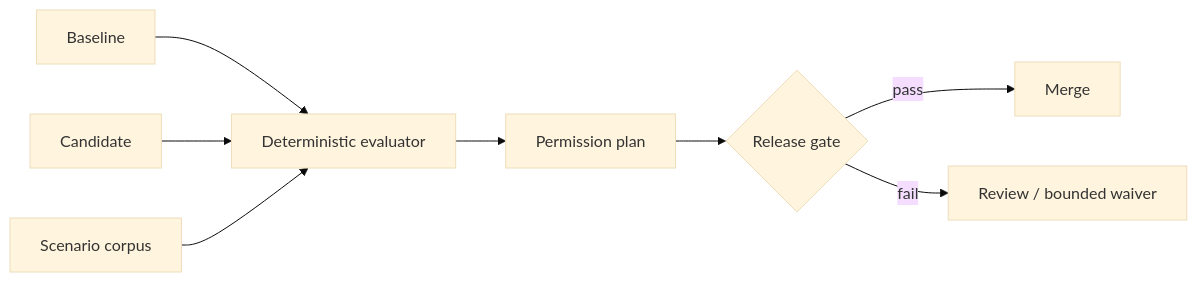
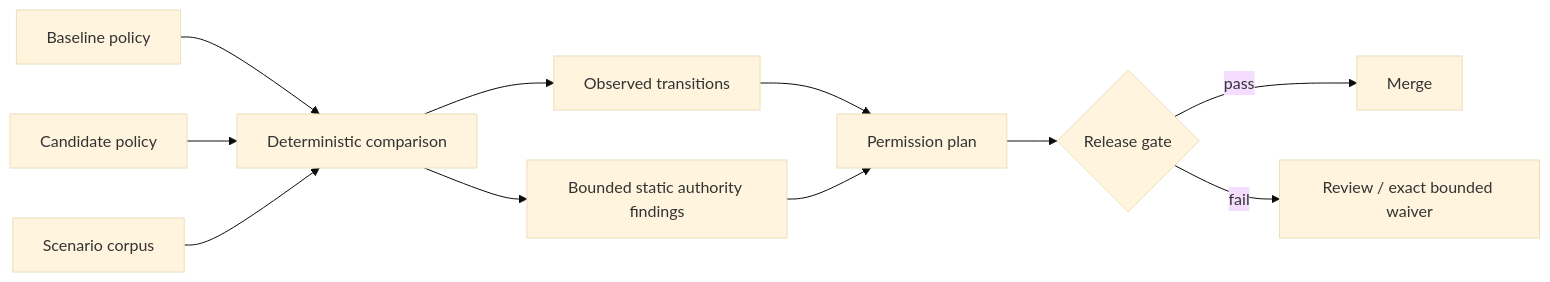
Before and after one commit to TensorScholar/permitdiff: the diagram in README.md, drawn with Mermaid (base theme). The commit also changed other lines of this file, not shown here.

Commit message:
docs: explain effective-authority evidence channels

````diff
--- a/README.md
+++ b/README.md
@@ -49,10 +54,13 @@
 ```mermaid
 flowchart LR
-  B[Baseline] --> E[Deterministic evaluator]
-  C[Candidate] --> E
-  S[Scenario corpus] --> E
-  E --> P[Permission plan]
+  B[Baseline policy] --> C[Deterministic comparison]
+  N[Candidate policy] --> C
+  S[Scenario corpus] --> C
+  C --> O[Observed transitions]
+  C --> A[Bounded static authority findings]
+  O --> P[Permission plan]
+  A --> P
   P --> G{Release gate}
   G -->|pass| M[Merge]
-  G -->|fail| R[Review / bounded waiver]
+  G -->|fail| R[Review / exact bounded waiver]
 ```
````
